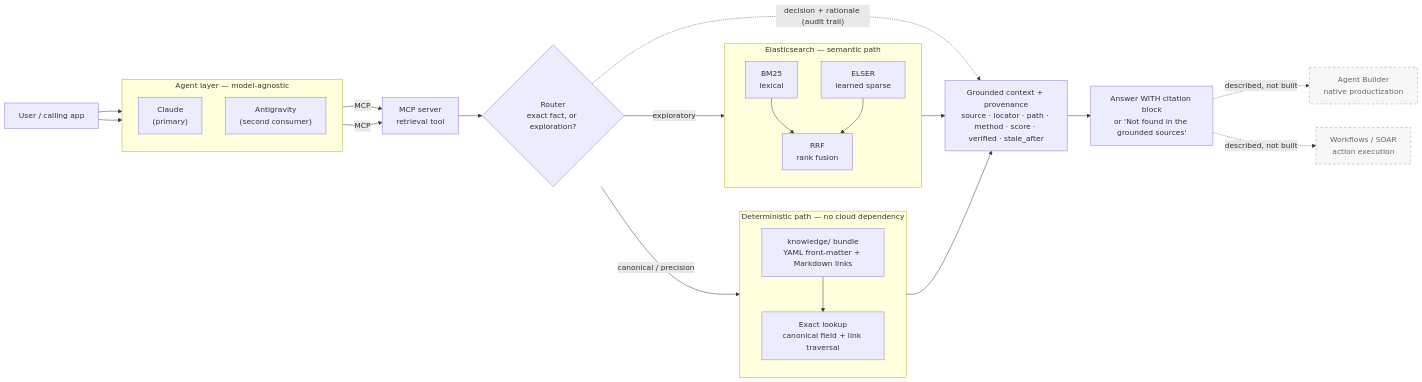
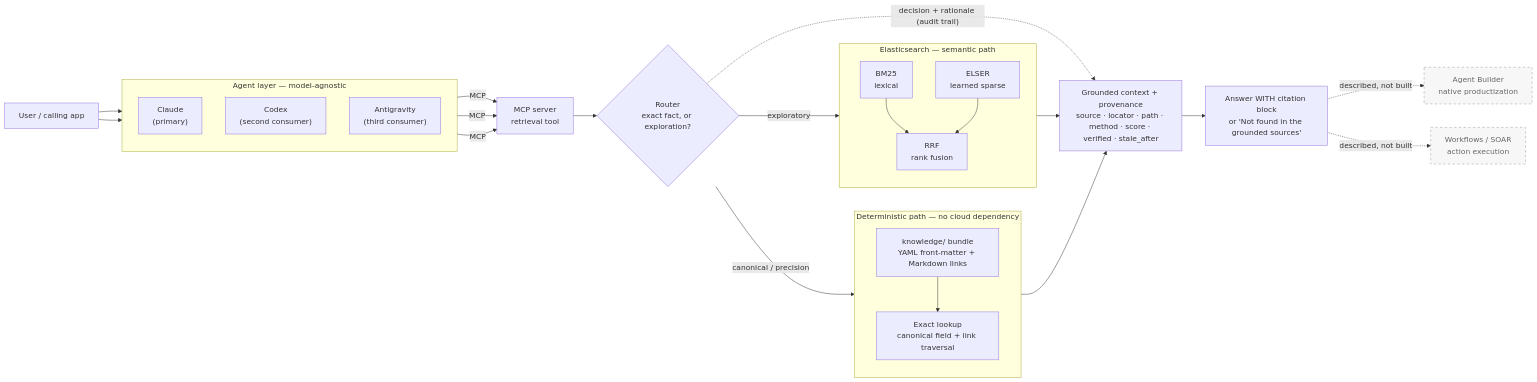
One commit to cdevarenne/grounded-context changed the diagram in docs/architecture.mmd. Above: the diagram before and after it, drawn with Mermaid.

Commit message:
Update diagram to show Codex.

```diff
--- a/docs/architecture.mmd
+++ b/docs/architecture.mmd
@@ -1,55 +1,57 @@
 %% Grounded Context Layer — reference architecture
 %% Left-to-right request path. Two consumers prove model-agnosticism via one MCP tool.
 %% The router sends exact facts to the deterministic path and exploration to Elasticsearch;
 %% on ambiguity it queries BOTH and lets the exact hit win.
 %% Agent Builder and Workflows/SOAR are described, not built (dashed).
 flowchart LR
     U["User / calling app"]
 
     subgraph AGENT["Agent layer — model-agnostic"]
         direction TB
         CL["Claude<br/>(primary)"]
-        AV["Antigravity<br/>(second consumer)"]
+        CX["Codex<br/>(second consumer)"]
+        AV["Antigravity<br/>(third consumer)"]
     end
 
     M["MCP server<br/>retrieval tool"]
     R{"Router<br/>exact fact, or exploration?"}
 
     subgraph DET["Deterministic path — no cloud dependency"]
         direction TB
         KB["knowledge/ bundle<br/>YAML front-matter + Markdown links"]
         LK["Exact lookup<br/>canonical field + link traversal"]
         KB --> LK
     end
 
     subgraph ES["Elasticsearch — semantic path"]
         direction TB
         BM["BM25<br/>lexical"]
         EL["ELSER<br/>learned sparse"]
         HF["RRF<br/>rank fusion"]
         BM --> HF
         EL --> HF
     end
 
     G["Grounded context + provenance<br/>source · locator · path · method · score · verified · stale_after"]
     A["Answer WITH citation block<br/>or 'Not found in the grounded sources'"]
 
     AB["Agent Builder<br/>native productization"]
     WF["Workflows / SOAR<br/>action execution"]
 
     U --> CL
     U --> AV
     CL -->|MCP| M
+    CX -->|MCP| M
     AV -->|MCP| M
     M --> R
     R -->|"canonical / precision"| DET
     R -->|"exploratory"| ES
     LK --> G
     HF --> G
     R -.->|"decision + rationale (audit trail)"| G
     G --> A
     A -.->|described, not built| AB
     A -.->|described, not built| WF
 
     classDef notbuilt fill:#f7f7f7,stroke:#999,stroke-dasharray:5 5,color:#666;
     class AB,WF notbuilt;
```
